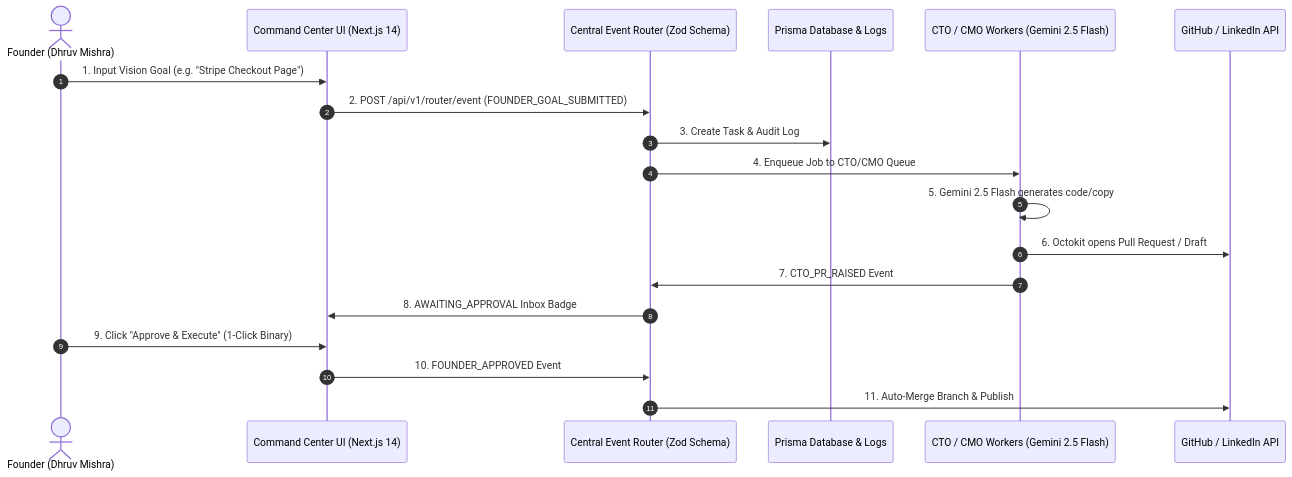
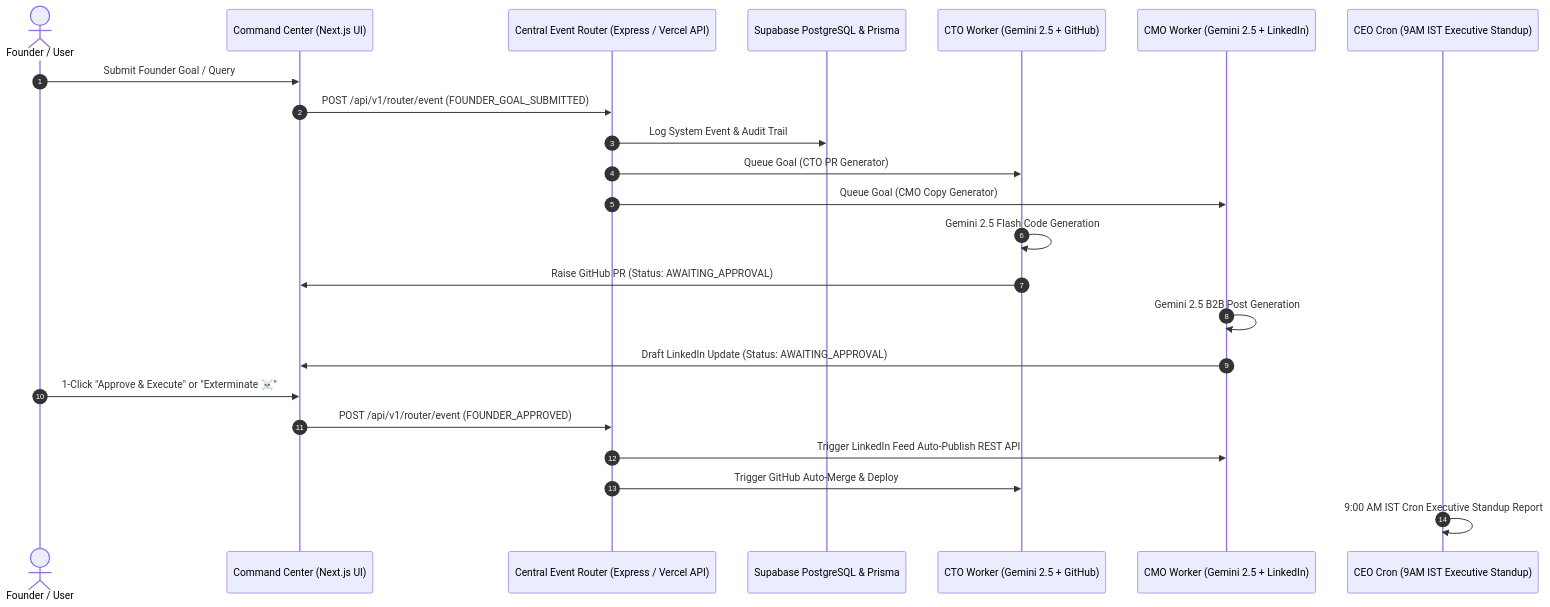
Before and after one commit to Philioraptor/SparkHQ: the diagram in README.md, drawn with Mermaid. The commit also changed other lines of this file and 2 other files, not shown here.

Commit message:
docs: Add official MIT License file, badge, and non-private package configuration

````diff
--- a/README.md
+++ b/README.md
@@ -36,22 +15,30 @@
 ```mermaid
 sequenceDiagram
     autonumber
-    actor Founder as Founder (Dhruv Mishra)
-    participant UI as Command Center UI (Next.js 14)
-    participant Router as Central Event Router (Zod Schema)
-    participant DB as Prisma Database & Logs
-    participant Worker as CTO / CMO Workers (Gemini 2.5 Flash)
-    participant GitHub as GitHub / LinkedIn API
+    actor Founder as Founder / User
+    participant Dashboard as Command Center (Next.js UI)
+    participant Router as Central Event Router (Express / Vercel API)
+    participant DB as Supabase PostgreSQL & Prisma
+    participant CTO as CTO Worker (Gemini 2.5 + GitHub)
+    participant CMO as CMO Worker (Gemini 2.5 + LinkedIn)
+    participant CEO as CEO Cron (9AM IST Executive Standup)
 
-    Founder->>UI: 1. Input Vision Goal (e.g. "Stripe Checkout Page")
-    UI->>Router: 2. POST /api/v1/router/event (FOUNDER_GOAL_SUBMITTED)
-    Router->>DB: 3. Create Task & Audit Log
-    Router->>Worker: 4. Enqueue Job to CTO/CMO Queue
-    Worker->>Worker: 5. Gemini 2.5 Flash generates code/copy
-    Worker->>GitHub: 6. Octokit opens Pull Request / Draft
-    Worker->>Router: 7. CTO_PR_RAISED Event
-    Router->>UI: 8. AWAITING_APPROVAL Inbox Badge
-    Founder->>UI: 9. Click "Approve & Execute" (1-Click Binary)
-    UI->>Router: 10. FOUNDER_APPROVED Event
-    Router->>GitHub: 11. Auto-Merge Branch & Publish
+    Founder->>Dashboard: Submit Founder Goal / Query
+    Dashboard->>Router: POST /api/v1/router/event (FOUNDER_GOAL_SUBMITTED)
+    Router->>DB: Log System Event & Audit Trail
+    Router->>CTO: Queue Goal (CTO PR Generator)
+    Router->>CMO: Queue Goal (CMO Copy Generator)
+
+    CTO->>CTO: Gemini 2.5 Flash Code Generation
+    CTO->>Dashboard: Raise GitHub PR (Status: AWAITING_APPROVAL)
+    
+    CMO->>CMO: Gemini 2.5 B2B Post Generation
+    CMO->>Dashboard: Draft LinkedIn Update (Status: AWAITING_APPROVAL)
+
+    Founder->>Dashboard: 1-Click "Approve & Execute" or "Exterminate ☠️"
+    Dashboard->>Router: POST /api/v1/router/event (FOUNDER_APPROVED)
+    Router->>CMO: Trigger LinkedIn Feed Auto-Publish REST API
+    Router->>CTO: Trigger GitHub Auto-Merge & Deploy
+
+    CEO->>CEO: 9:00 AM IST Cron Executive Standup Report
 ```
````
